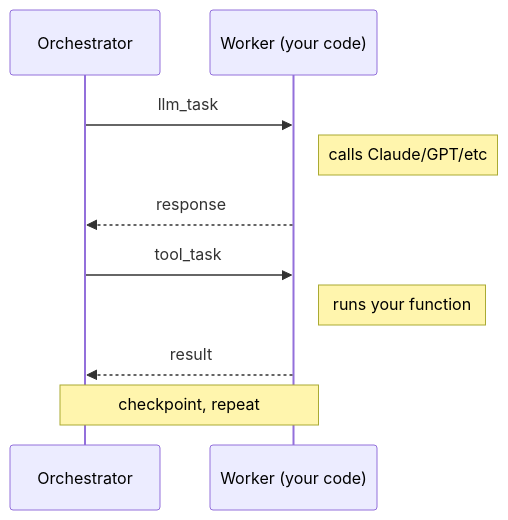
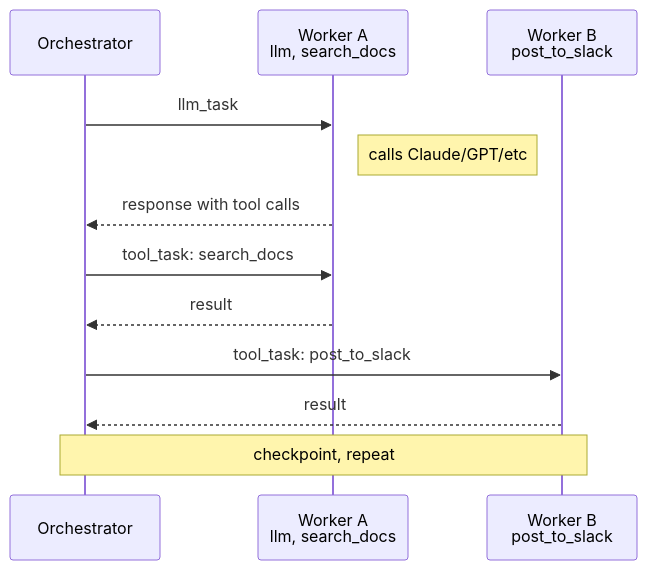
Before and after one commit to amackera/norns: the diagram in README.md, drawn with Mermaid. The commit also changed other lines of this file, not shown here.

Commit message:
README: show multiple workers with different tools in the diagram

````diff
--- a/README.md
+++ b/README.md
@@ -44,12 +44,14 @@
 ```mermaid
 sequenceDiagram
     participant O as Orchestrator
-    participant W as Worker (your code)
-    O->>W: llm_task
-    Note right of W: calls Claude/GPT/etc
-    W-->>O: response
-    O->>W: tool_task
-    Note right of W: runs your function
-    W-->>O: result
-    Note over O,W: checkpoint, repeat
+    participant A as Worker A<br/>llm, search_docs
+    participant B as Worker B<br/>post_to_slack
+    O->>A: llm_task
+    Note right of A: calls Claude/GPT/etc
+    A-->>O: response with tool calls
+    O->>A: tool_task: search_docs
+    A-->>O: result
+    O->>B: tool_task: post_to_slack
+    B-->>O: result
+    Note over O,B: checkpoint, repeat
 ```
````
